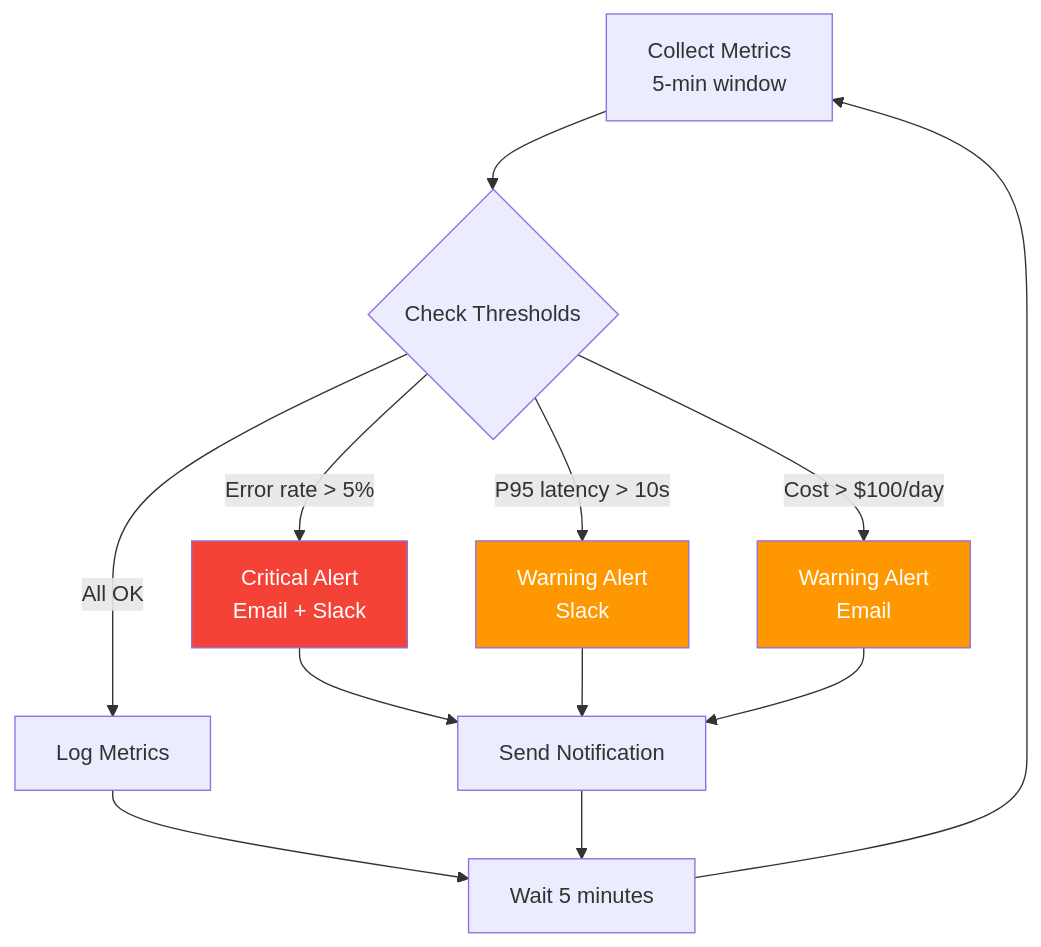
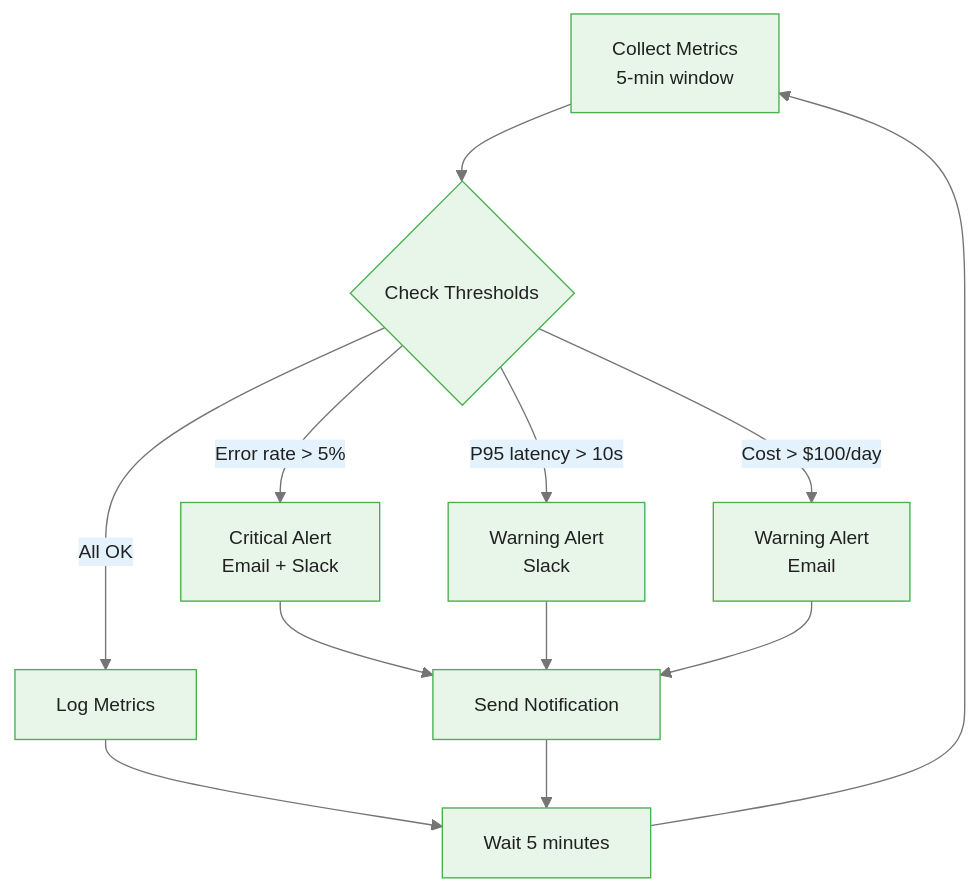
The third of 4 diagrams in courses/dataiku-genai/modules/module_04_deployment/guides/01_deployment_monitoring_slides.md (m-deane/course-creator), drawn with Mermaid before and after one commit. The commit also changed other lines of this file and 54 other files, not shown here.

````diff
--- a/courses/dataiku-genai/modules/module_04_deployment/guides/01_deployment_monitoring_slides.md
+++ b/courses/dataiku-genai/modules/module_04_deployment/guides/01_deployment_monitoring_slides.md
@@ -252,19 +250,16 @@
 ```mermaid
+%%{init: {"theme": "base", "themeVariables": {"primaryColor": "#e8f5e9", "primaryBorderColor": "#4caf50", "primaryTextColor": "#212121", "secondaryColor": "#e3f2fd", "tertiaryColor": "#fff8e1", "lineColor": "#757575", "fontFamily": "Inter, sans-serif", "fontSize": "14px"}}}%%
 flowchart TD
     COLLECT[Collect Metrics<br/>5-min window] --> CHECK{Check Thresholds}
     CHECK -->|Error rate > 5%| CRIT[Critical Alert<br/>Email + Slack]
     CHECK -->|P95 latency > 10s| WARN1[Warning Alert<br/>Slack]
     CHECK -->|Cost > $100/day| WARN2[Warning Alert<br/>Email]
     CHECK -->|All OK| LOG[Log Metrics]
 
     CRIT --> NOTIFY[Send Notification]
     WARN1 --> NOTIFY
     WARN2 --> NOTIFY
     LOG --> WAIT[Wait 5 minutes]
     NOTIFY --> WAIT
     WAIT --> COLLECT
-
-    style CRIT fill:#f44336,color:#fff
-    style WARN1 fill:#ff9800,color:#fff
-    style WARN2 fill:#ff9800,color:#fff
 ```
````
